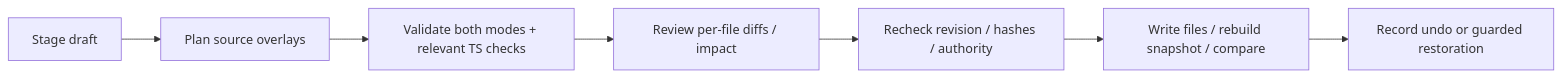
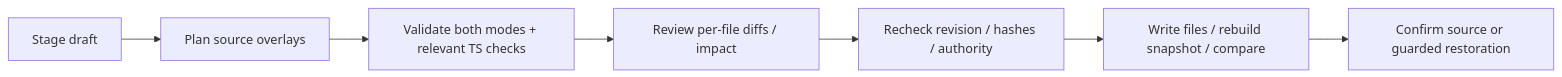
One commit to drmatt13/matts-aws-framework changed the diagram in docs/aws-studio-knowledge/studio/editing.md. Above: the diagram before and after it, drawn with Mermaid. The commit also changed other lines of this file and 85 other files, not shown here.

````diff
--- a/docs/aws-studio-knowledge/studio/editing.md
+++ b/docs/aws-studio-knowledge/studio/editing.md
@@ -114,9 +114,9 @@
 ```mermaid
 flowchart LR
   A[Stage draft] --> B[Plan source overlays]
   B --> C[Validate both modes + relevant TS checks]
   C --> D[Review per-file diffs / impact]
   D --> E[Recheck revision / hashes / authority]
   E --> F[Write files / rebuild snapshot / compare]
-  F --> G[Record undo or guarded restoration]
+  F --> G[Confirm source or guarded restoration]
 ```
````
